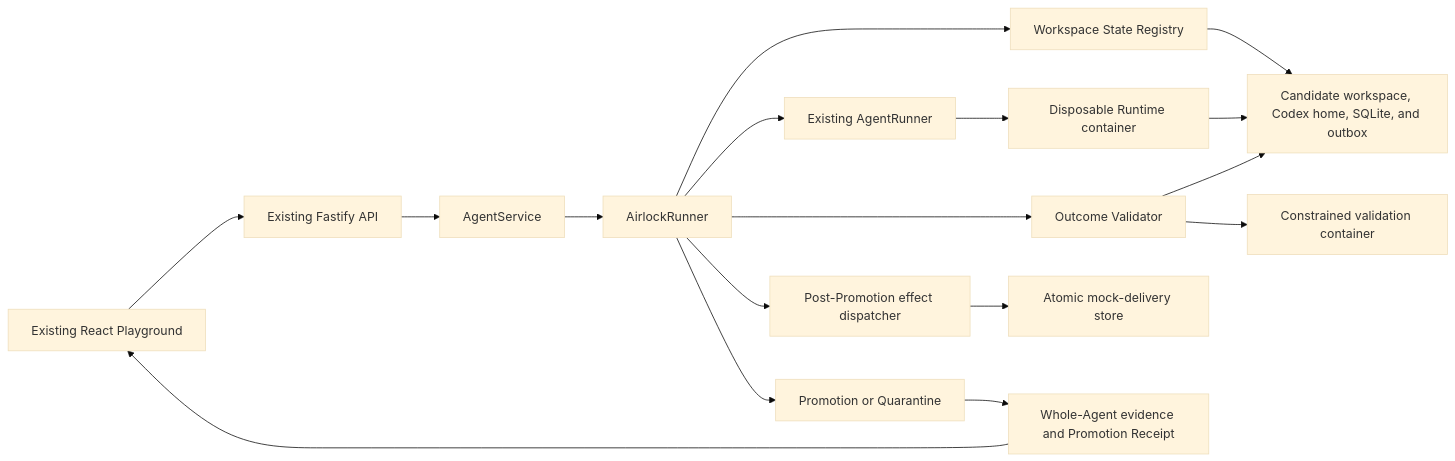
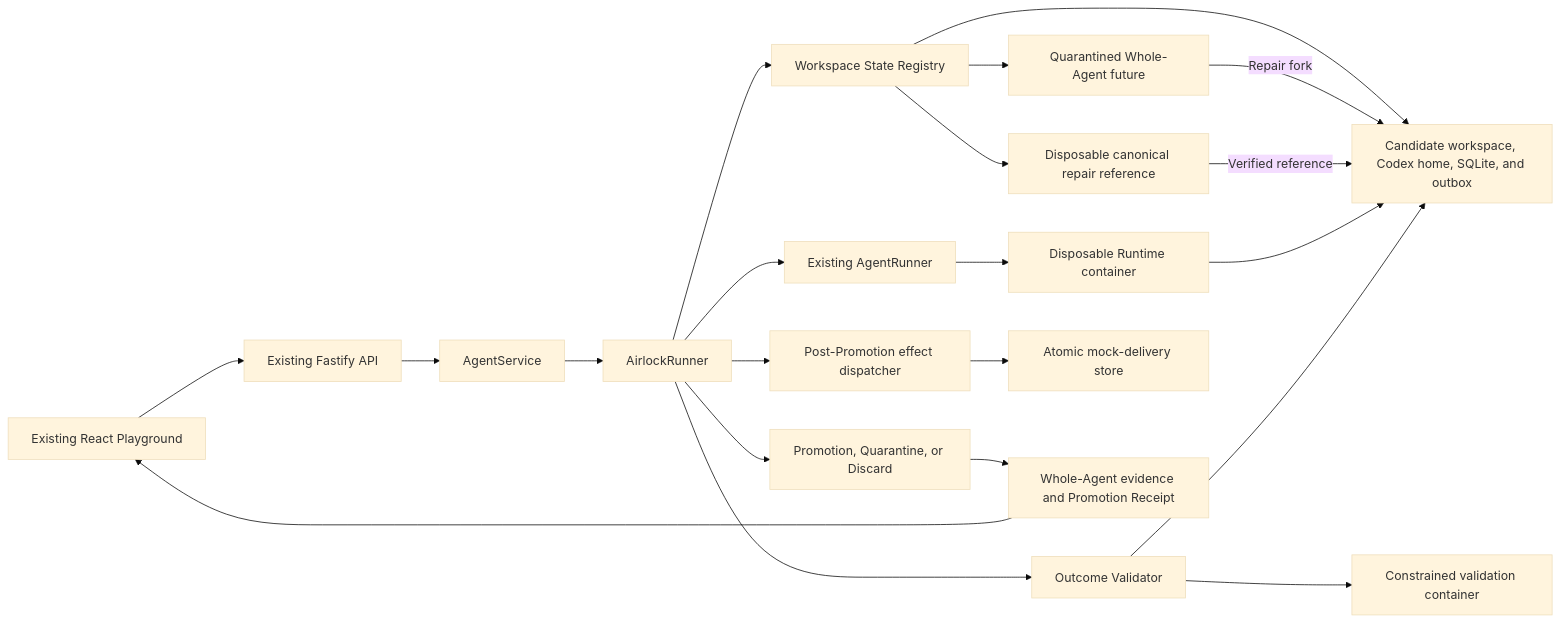
The first of 2 diagrams in docs/architecture/agent-airlock.md (Kk120306/agent-airlock), drawn with Mermaid (base theme) before and after one commit. The commit also changed other lines of this file and 31 other files, not shown here.

Commit message:
feat: repair quarantined Agent futures

````diff
--- a/docs/architecture/agent-airlock.md
+++ b/docs/architecture/agent-airlock.md
@@ -16,19 +16,23 @@
 ```mermaid
 flowchart LR
     UI["Existing React Playground"] --> API["Existing Fastify API"]
     API --> AS["AgentService"]
     AS --> AR["AirlockRunner"]
     AR --> SR["Workspace State Registry"]
     SR --> CS["Candidate workspace, Codex home, SQLite, and outbox"]
+    SR --> Q["Quarantined Whole-Agent future"]
+    SR --> CR["Disposable canonical repair reference"]
+    Q -->|Repair fork| CS
+    CR -->|Verified reference| CS
     AR --> RR["Existing AgentRunner"]
     RR --> RC["Disposable Runtime container"]
     RC --> CS
     AR --> VE["Outcome Validator"]
     AR --> ED["Post-Promotion effect dispatcher"]
     ED --> MS["Atomic mock-delivery store"]
     VE --> VC["Constrained validation container"]
     VE --> CS
-    AR --> PR["Promotion or Quarantine"]
+    AR --> PR["Promotion, Quarantine, or Discard"]
     PR --> ST["Whole-Agent evidence and Promotion Receipt"]
     ST --> UI
 ```
````
